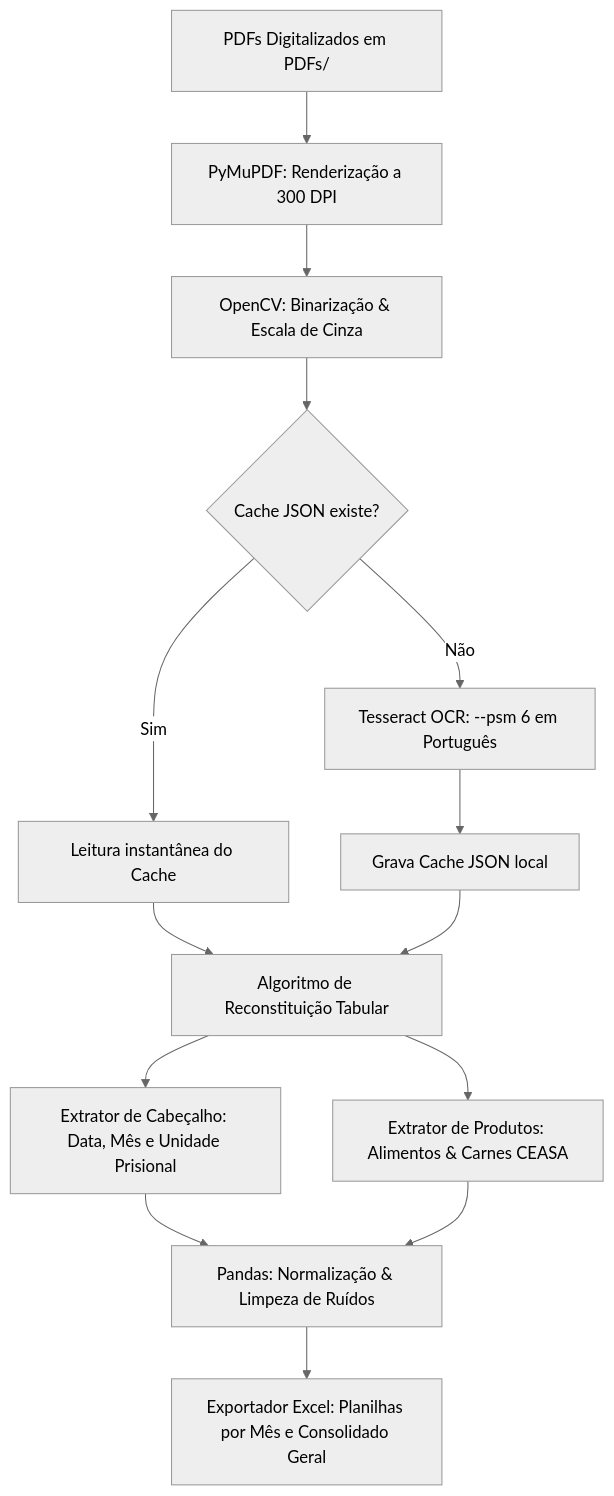
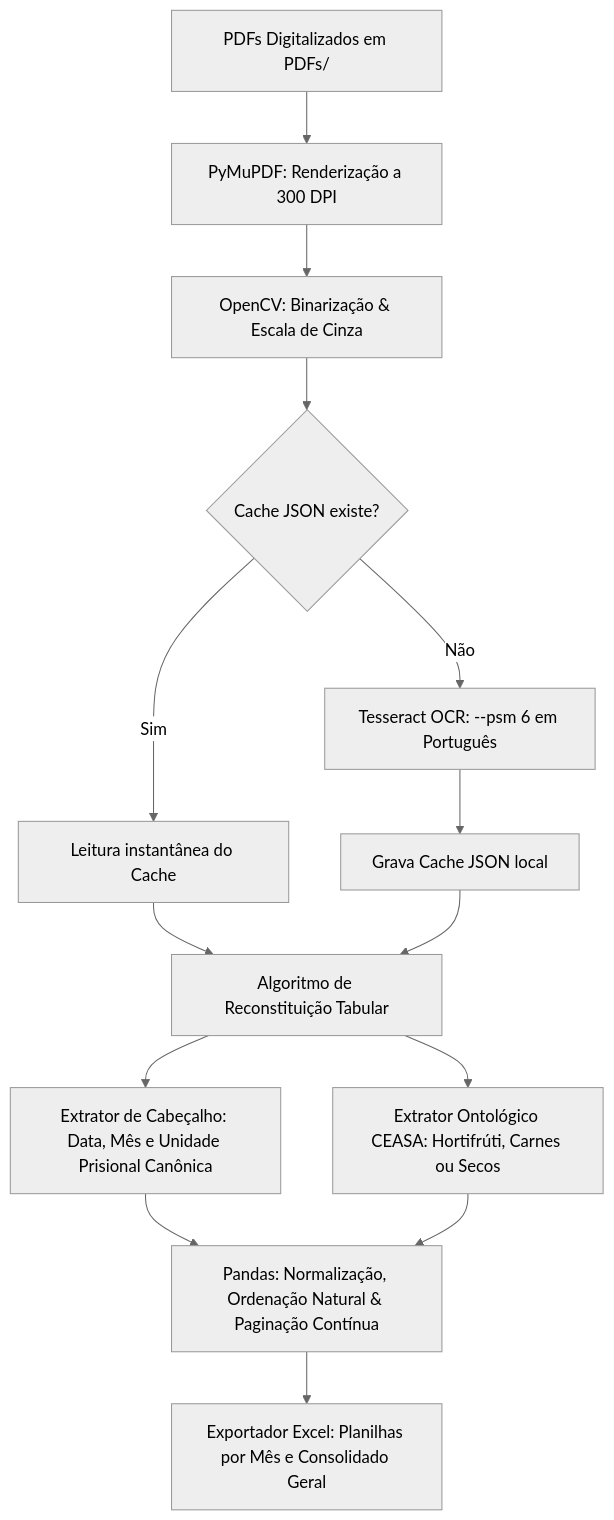
Before and after one commit to LouisLuos/extrator-de-PDF: the diagram in README.md, drawn with Mermaid (neutral theme). The commit also changed other lines of this file and 2 other files, not shown here.

Commit message:
feat: finaliza extratores de pereciveis e nao pereciveis com ontologia CEASA e normalizacao de presidios

````diff
--- a/README.md
+++ b/README.md
@@ -31,16 +32,16 @@
 ```mermaid
 flowchart TD
     A[PDFs Digitalizados em PDFs/] --> B[PyMuPDF: Renderização a 300 DPI]
     B --> C[OpenCV: Binarização & Escala de Cinza]
     C --> D{Cache JSON existe?}
     D -- Sim --> E[Leitura instantânea do Cache]
     D -- Não --> F[Tesseract OCR: --psm 6 em Português]
     F --> G[Grava Cache JSON local]
     E --> H[Algoritmo de Reconstituição Tabular]
     G --> H
-    H --> I[Extrator de Cabeçalho: Data, Mês e Unidade Prisional]
-    H --> J[Extrator de Produtos: Alimentos & Carnes CEASA]
-    I --> K[Pandas: Normalização & Limpeza de Ruídos]
+    H --> I[Extrator de Cabeçalho: Data, Mês e Unidade Prisional Canônica]
+    H --> J[Extrator Ontológico CEASA: Hortifrúti, Carnes ou Secos]
+    I --> K[Pandas: Normalização, Ordenação Natural & Paginação Contínua]
     J --> K
     K --> L[Exportador Excel: Planilhas por Mês e Consolidado Geral]
 ```
````
